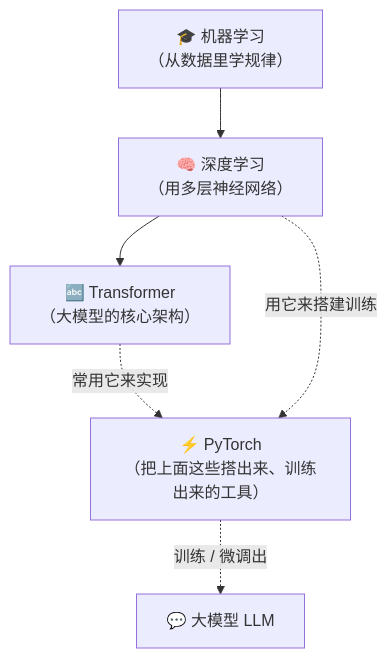
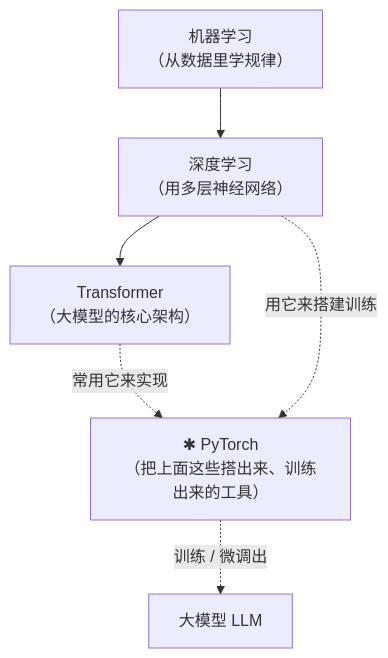
Before and after one commit to luckykhy/KhyAiHub: the seventh of 7 diagrams in docs/02_CONCEPTS_概念入门/CONCEPT/[CONCEPT-15] 什么是PyTorch-深度学习框架.md, drawn with Mermaid. The commit also changed other lines of this file and 19 other files, not shown here.

````diff
--- a/docs/02_CONCEPTS_概念入门/CONCEPT/[CONCEPT-15] 什么是PyTorch-深度学习框架.md
+++ b/docs/02_CONCEPTS_概念入门/CONCEPT/[CONCEPT-15] 什么是PyTorch-深度学习框架.md
@@ -316,13 +316,13 @@
 ```mermaid
 flowchart TB
-  ML["🎓 机器学习<br/>（从数据里学规律）"]
-  DL["🧠 深度学习<br/>（用多层神经网络）"]
-  TF["🔤 Transformer<br/>（大模型的核心架构）"]
-  PT["⚡ PyTorch<br/>（把上面这些搭出来、训练出来的工具）"]
-  LLM["💬 大模型 LLM"]
+  ML["机器学习<br/>（从数据里学规律）"]
+  DL["深度学习<br/>（用多层神经网络）"]
+  TF["Transformer<br/>（大模型的核心架构）"]
+  PT["✱ PyTorch<br/>（把上面这些搭出来、训练出来的工具）"]
+  LLM["大模型 LLM"]
   ML --> DL
   DL --> TF
   TF -.->|"常用它来实现"| PT
   DL -.->|"用它来搭建训练"| PT
   PT -.->|"训练 / 微调出"| LLM
 ```
````
